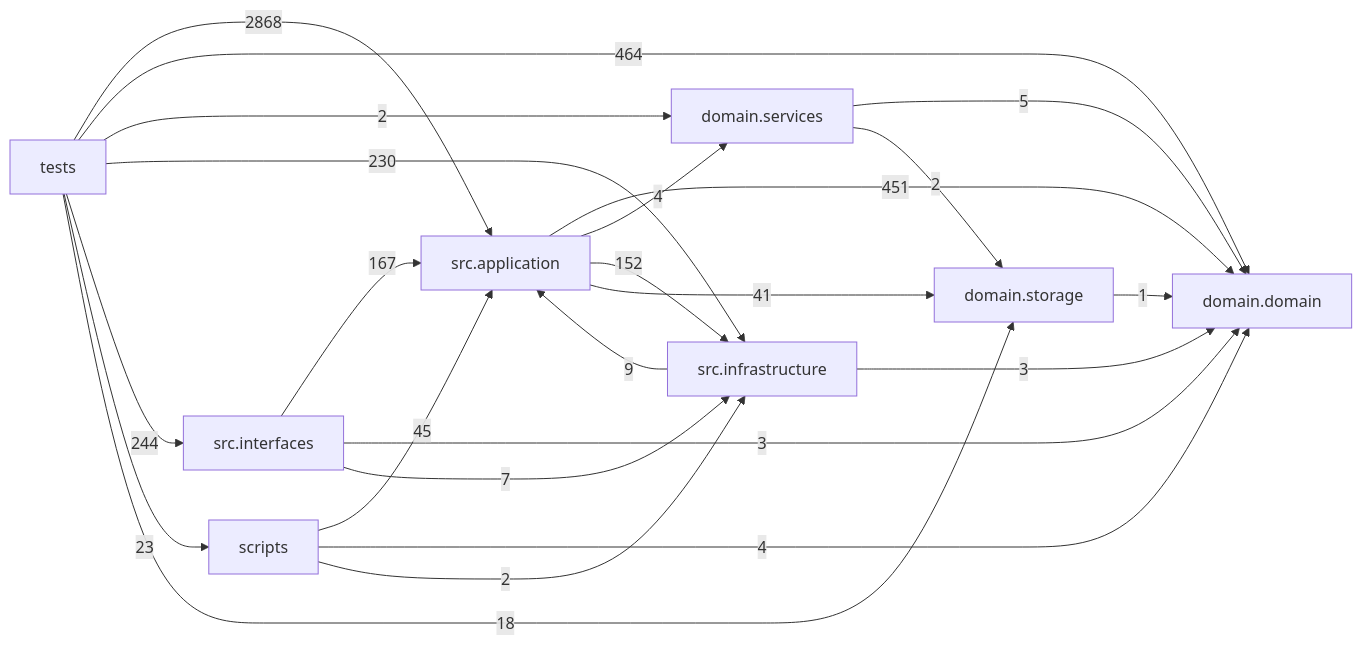
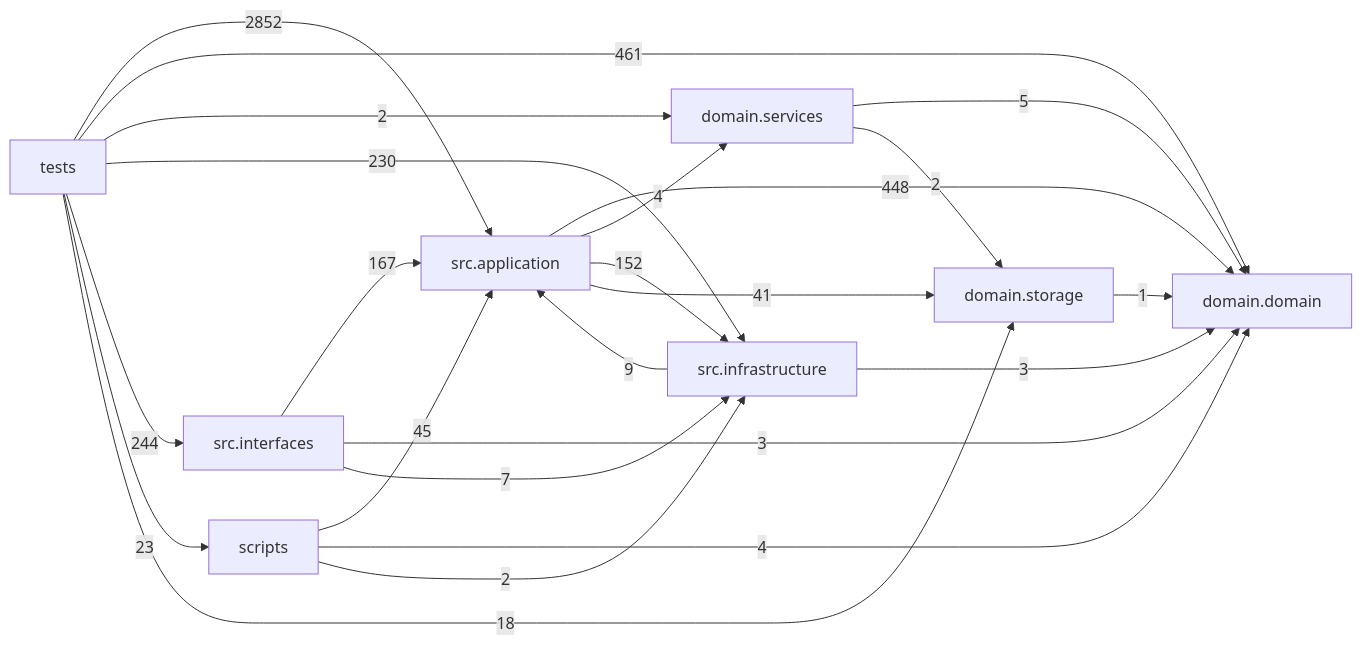
The diagram in docs/DEPENDENCY_GRAPH.md (liuxie066/options-monitor), drawn with Mermaid before and after one commit. The commit also changed other lines of this file and 6 other files, not shown here.

````diff
--- a/docs/DEPENDENCY_GRAPH.md
+++ b/docs/DEPENDENCY_GRAPH.md
@@ -24,33 +24,33 @@
 ```mermaid
 flowchart LR
   tests["tests"]
   scripts["scripts"]
   interfaces["src.interfaces"]
   application["src.application"]
   infrastructure["src.infrastructure"]
   domain_services["domain.services"]
   domain["domain.domain"]
   storage["domain.storage"]
-  application -->|451| domain
+  application -->|448| domain
   application -->|4| domain_services
   application -->|152| infrastructure
   application -->|41| storage
   domain_services -->|5| domain
   domain_services -->|2| storage
   infrastructure -->|9| application
   infrastructure -->|3| domain
   interfaces -->|167| application
   interfaces -->|3| domain
   interfaces -->|7| infrastructure
   scripts -->|45| application
   scripts -->|4| domain
   scripts -->|2| infrastructure
   storage -->|1| domain
-  tests -->|2868| application
-  tests -->|464| domain
+  tests -->|2852| application
+  tests -->|461| domain
   tests -->|2| domain_services
   tests -->|230| infrastructure
   tests -->|244| interfaces
   tests -->|23| scripts
   tests -->|18| storage
 ```
````
